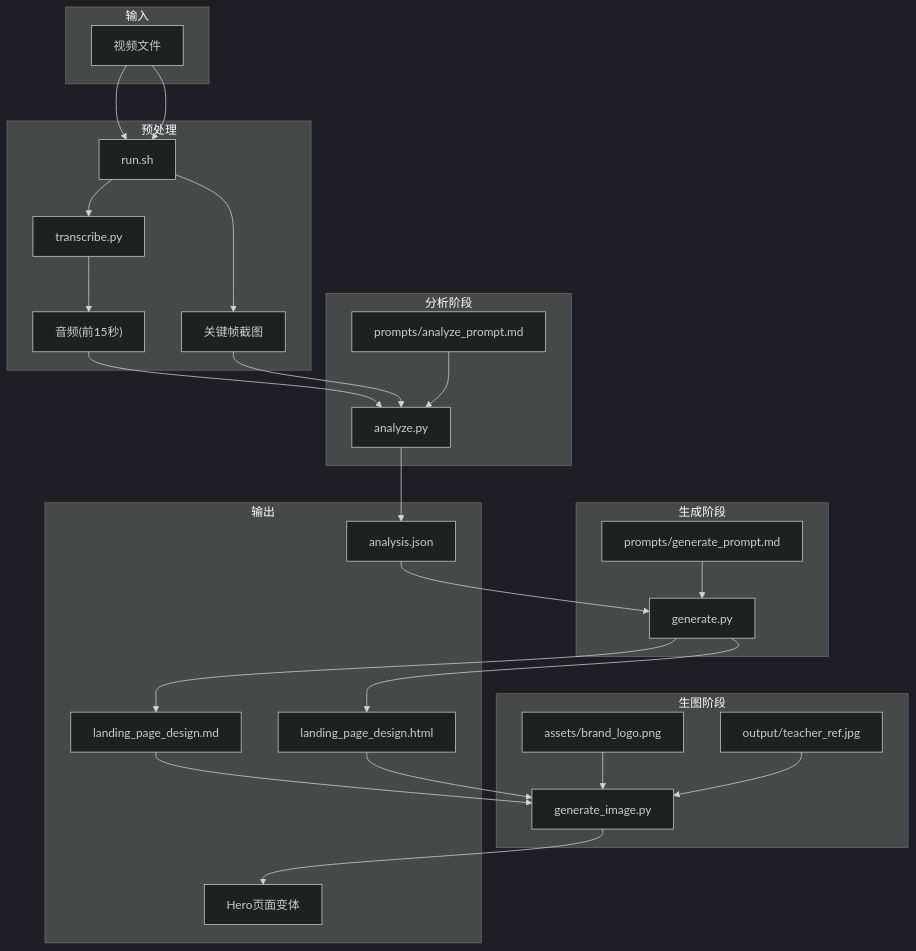
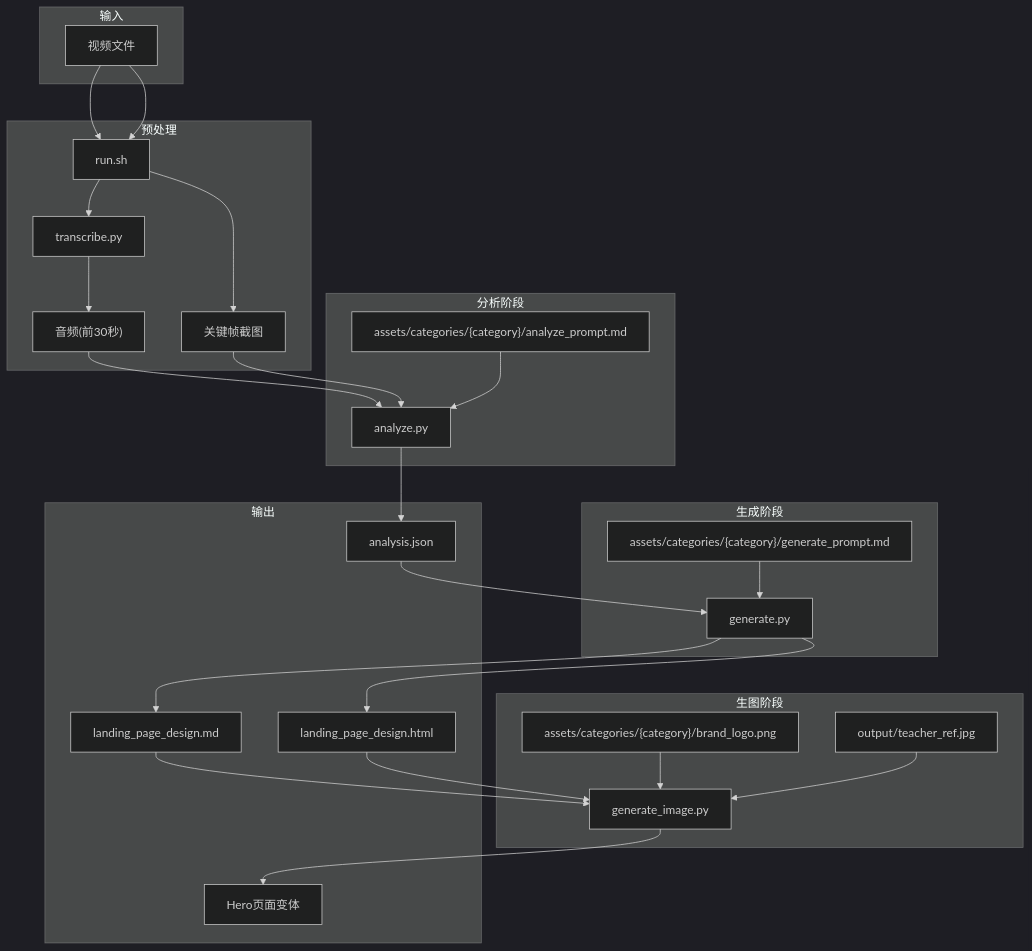
Before and after one commit to WongMingJiu/landingpage-test-hero-page: the first of 6 diagrams in .qoder/repowiki/zh/content/配置和定制/Prompt定制.md, drawn with Mermaid (dark theme). The commit also changed other lines of this file and 53 other files, not shown here.

````diff
--- a/.qoder/repowiki/zh/content/配置和定制/Prompt定制.md
+++ b/.qoder/repowiki/zh/content/配置和定制/Prompt定制.md
@@ -57,46 +57,46 @@
 ```mermaid
 graph TB
 subgraph "输入"
 V["视频文件"]
 end
 subgraph "预处理"
 R["run.sh"]
 T["transcribe.py"]
 F["关键帧截图"]
-A["音频(前15秒)"]
+A["音频(前30秒)"]
 end
 subgraph "分析阶段"
 AP["analyze.py"]
-P1["prompts/analyze_prompt.md"]
+P1["assets/categories/{category}/analyze_prompt.md"]
 end
 subgraph "生成阶段"
 GP["generate.py"]
-P2["prompts/generate_prompt.md"]
+P2["assets/categories/{category}/generate_prompt.md"]
 end
 subgraph "生图阶段"
 GI["generate_image.py"]
-BR["assets/brand_logo.png"]
+BR["assets/categories/{category}/brand_logo.png"]
 TR["output/teacher_ref.jpg"]
 end
 subgraph "输出"
 O1["analysis.json"]
 O2["landing_page_design.md"]
 O3["landing_page_design.html"]
 O4["Hero页面变体"]
 end
 V --> R --> T --> A
 V --> R --> F
 A --> AP
 F --> AP
 P1 --> AP
 AP --> O1
 O1 --> GP
 P2 --> GP
 GP --> O2
 GP --> O3
 O2 --> GI
 O3 --> GI
 BR --> GI
 TR --> GI
 GI --> O4
 ```
````
